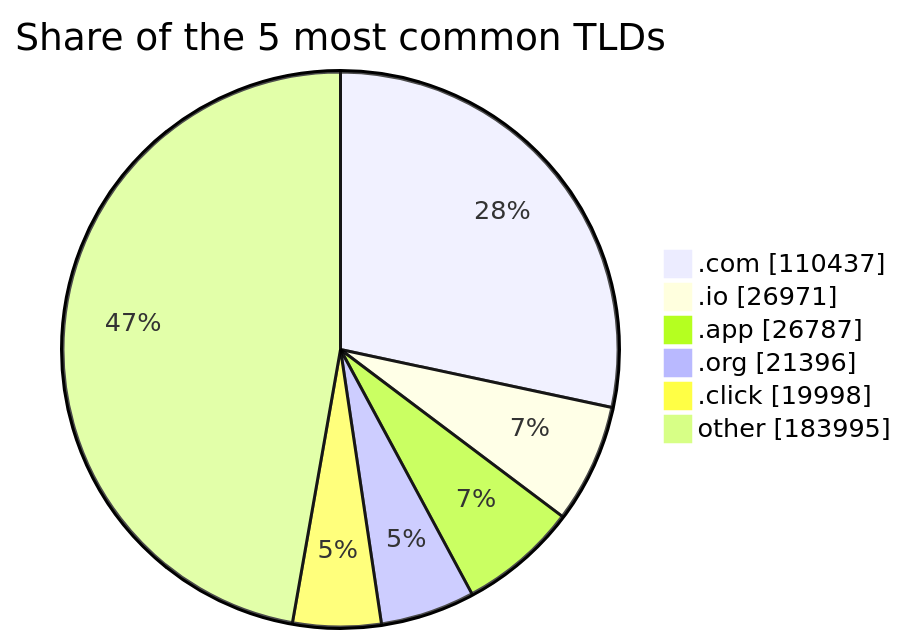
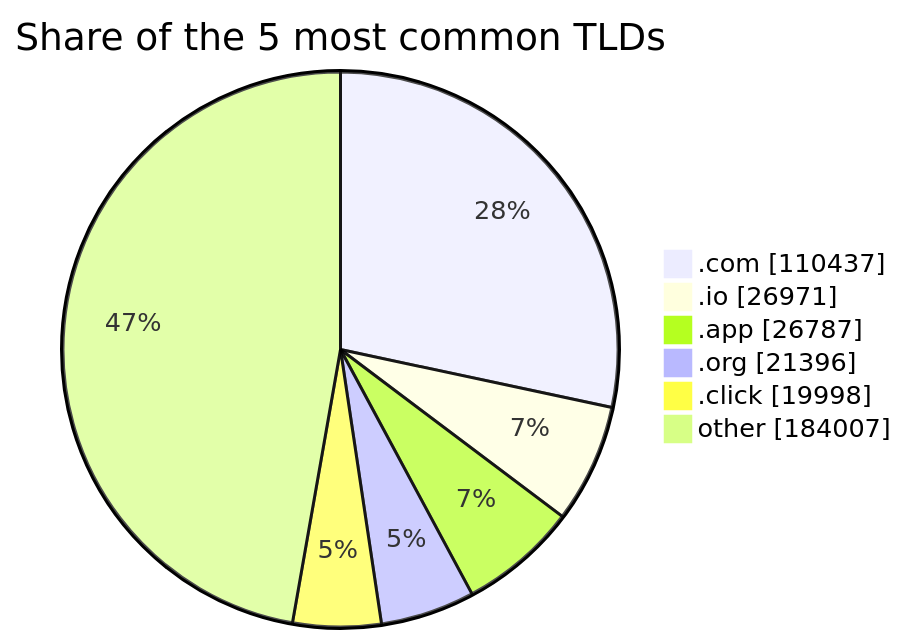
The third of 3 diagrams in README.md (DNSBunker/CTI), drawn with Mermaid before and after one commit. The commit also changed other lines of this file and 3 other files, not shown here.

````diff
--- a/README.md
+++ b/README.md
@@ -81,9 +81,9 @@
 ```mermaid
 pie showData title Share of the 5 most common TLDs
     ".com" : 110437
     ".io" : 26971
     ".app" : 26787
     ".org" : 21396
     ".click" : 19998
-    "other" : 183995
+    "other" : 184007
 ```
````
